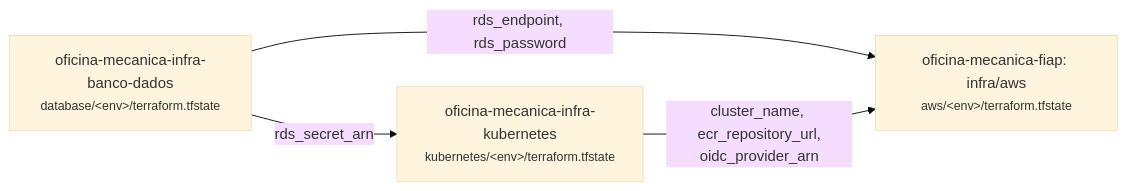
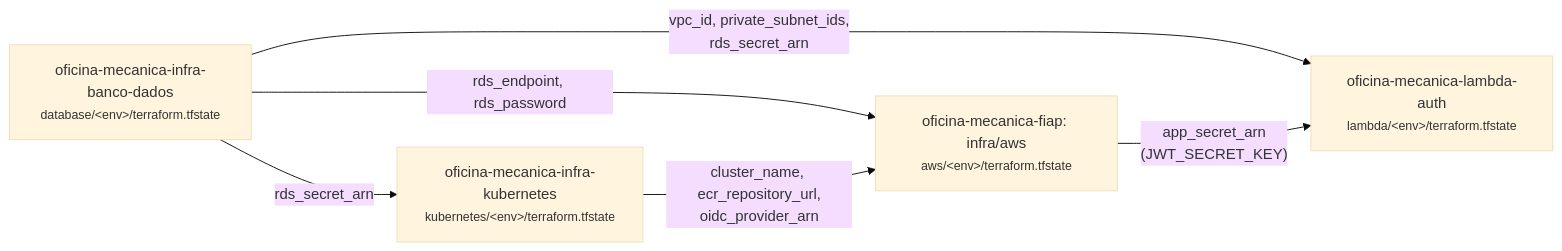
Before and after one commit to phantosmia/oficina-mecanica-fiap: the second of 3 diagrams in docs/arquitetura.md, drawn with Mermaid (base theme). The commit also changed other lines of this file and 2 other files, not shown here.

First line of the commit message:
Adiciona ADR-0005: Lambda de autenticacao na VPC do banco de dados

````diff
--- a/docs/arquitetura.md
+++ b/docs/arquitetura.md
@@ -103,10 +103,13 @@
 ```mermaid
 flowchart LR
     DB["oficina-mecanica-infra-banco-dados<br/><small>database/&lt;env&gt;/terraform.tfstate</small>"]
     K8S["oficina-mecanica-infra-kubernetes<br/><small>kubernetes/&lt;env&gt;/terraform.tfstate</small>"]
     APP["oficina-mecanica-fiap: infra/aws<br/><small>aws/&lt;env&gt;/terraform.tfstate</small>"]
+    LAMBDA["oficina-mecanica-lambda-auth<br/><small>lambda/&lt;env&gt;/terraform.tfstate</small>"]
 
     DB -- "rds_secret_arn" --> K8S
     DB -- "rds_endpoint, rds_password" --> APP
     K8S -- "cluster_name, ecr_repository_url,<br/>oidc_provider_arn" --> APP
+    DB -- "vpc_id, private_subnet_ids,<br/>rds_secret_arn" --> LAMBDA
+    APP -- "app_secret_arn<br/>(JWT_SECRET_KEY)" --> LAMBDA
 ```
````
